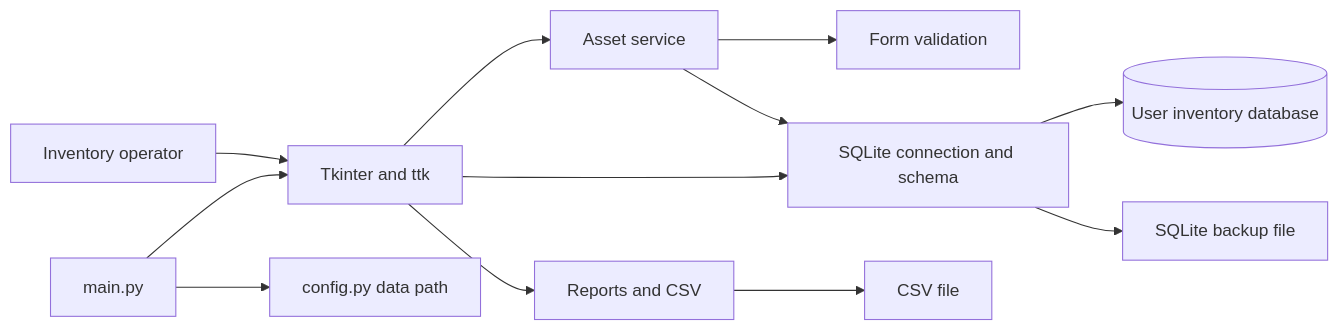
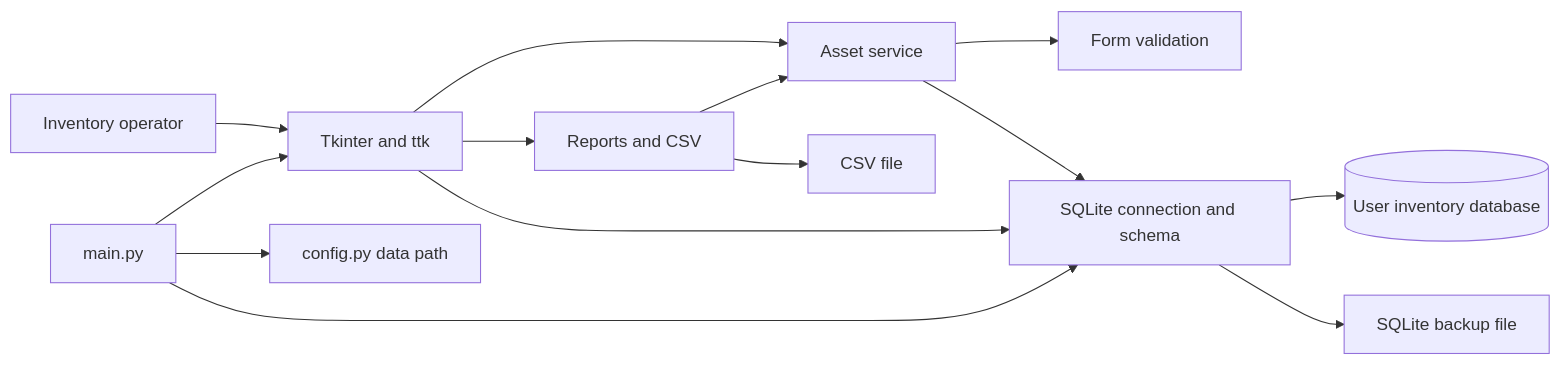
Before and after one commit to Hamed0055/CPIT251-Asset-Manager: the first of 9 diagrams in docs/ARCHITECTURE.md, drawn with Mermaid. The commit also changed other lines of this file and 29 other files, not shown here.

````diff
--- a/docs/ARCHITECTURE.md
+++ b/docs/ARCHITECTURE.md
@@ -10,14 +10,16 @@
 ```mermaid
 flowchart LR
     User[Inventory operator] --> GUI[Tkinter and ttk]
     Main[main.py] --> GUI
     Main --> C[config.py data path]
     GUI --> S[Asset service]
     S --> V[Form validation]
     S --> D[SQLite connection and schema]
     D --> File[(User inventory database)]
     GUI --> R[Reports and CSV]
     R --> Export[CSV file]
     GUI --> D
+    Main --> D
+    R --> S
     D --> Backup[SQLite backup file]
 ```
````
